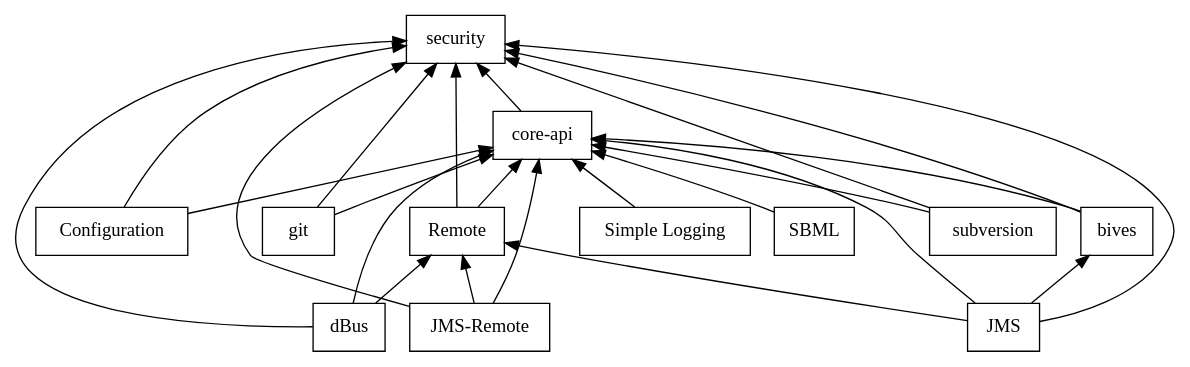
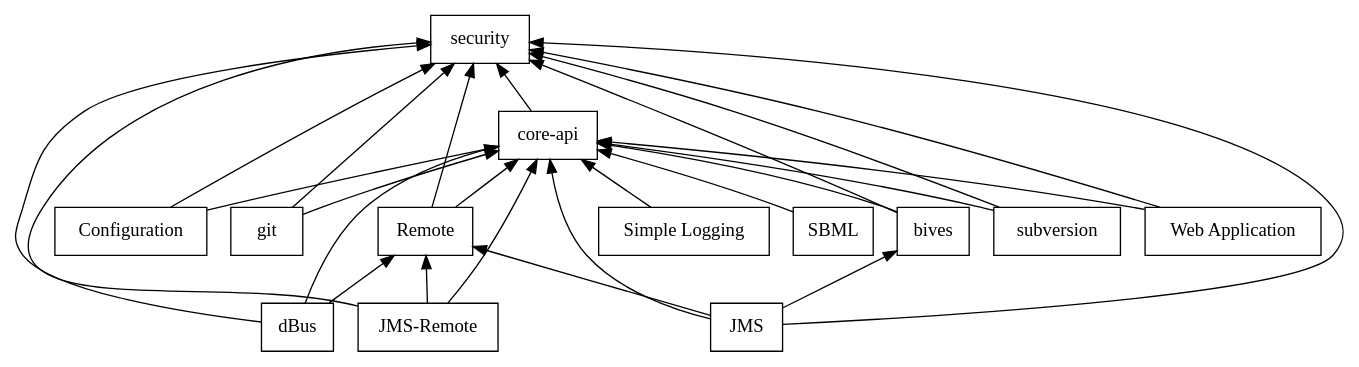
Before and after one commit to rfaelens/jummp: the diagram in documentation/plugin-dependency.dot, drawn with Graphviz.

Commit message:
Add web application plugin to documentation

```diff
--- a/documentation/plugin-dependency.dot
+++ b/documentation/plugin-dependency.dot
@@ -1,55 +1,58 @@
 digraph PluginDependencies {
 rankdir=BT;
 
     node [shape=box];
     color=white;
 
     // without dependencies
     "security" [label=security];
 
     // plugins depending security
     "coreApi"[label="core-api"];
     "coreApi" -> "security";
 
     // plugins depending core-api
     "simpleLogging" [label="Simple Logging"];
     "sbml" [label="SBML"];
     "sbml" -> "coreApi";
     "simpleLogging" -> "coreApi";
 
     // plugins depending core-api and security
     "conf" [label="Configuration"];
     "remote" [label="Remote"];
     "git" [label="git"];
     "svn" [label="subversion"];
     "bives" [label=bives];
+    "webapp" [label="Web Application"];
     "conf" -> "coreApi";
     "conf" -> "security";
     "remote" -> "coreApi";
     "remote" -> "security";
     "git" -> "coreApi";
     "git" -> "security";
     "svn" -> "coreApi";
     "svn" -> "security";
     "bives" -> "coreApi";
     "bives" -> "security";
+    "webapp" -> "coreApi";
+    "webapp" -> "security";
 
     // plugins depending core-api, security and remote
     "dbus" [label=dBus];
     "jmsRemote" [label="JMS-Remote"];
 
     "dbus" -> "coreApi";
     "dbus" -> "security";
     "dbus" -> "remote";
     "jmsRemote" -> "coreApi";
     "jmsRemote" -> "security";
     "jmsRemote" -> "remote";
 
     // plugins depending core-api, security, remote and bives
     "jms" [label=JMS];
     "jms" -> "coreApi";
     "jms" -> "security";
     "jms" -> "remote";
     "jms" -> "bives";
     
 }
```
